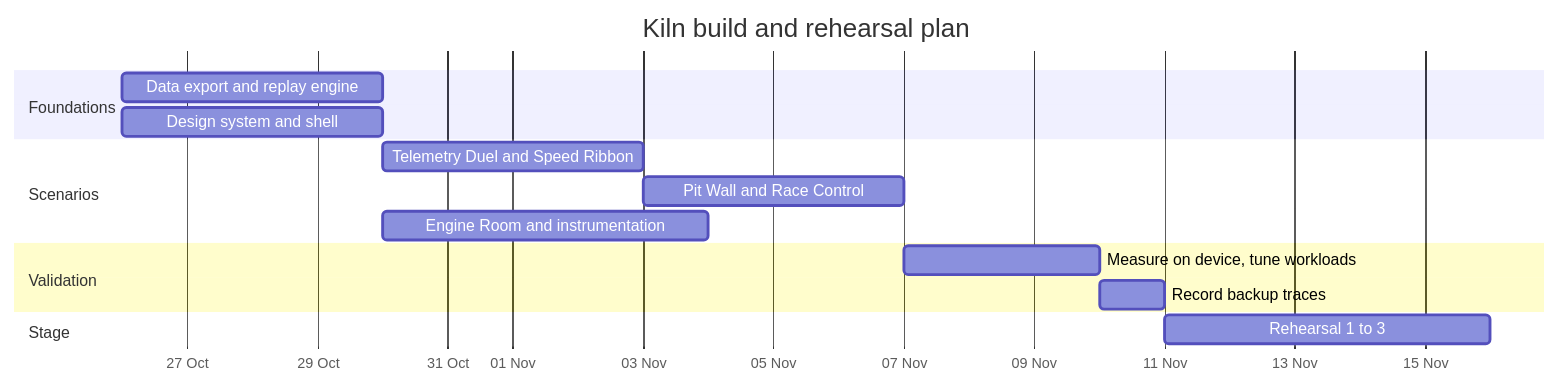
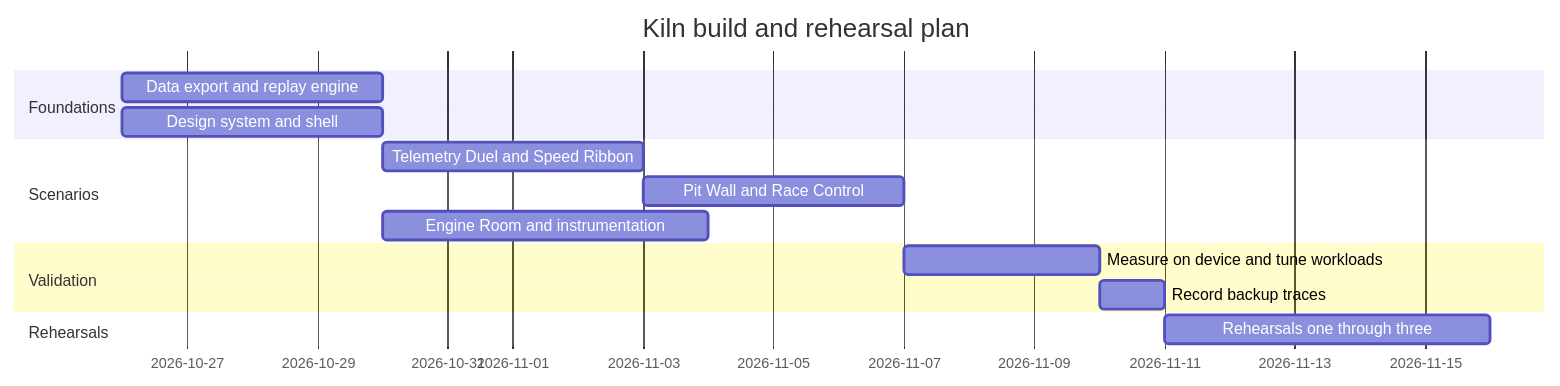
Before and after one commit to cm-collins/fluttercon-demo-app: the second of 2 diagrams in docs/product/PRD.md, drawn with Mermaid. The commit also changed other lines of this file, not shown here.

Commit message:
📝 docs(prd): fix Mermaid diagrams so they render in preview
Update the scope flowchart and milestones gantt so Markdown preview can draw them without parse errors.

- Use a quoted scope node instead of an unquoted label with a colon
- Simplify the gantt chart with explicit dates and safer task and section names
- Remove axisFormat and after dependencies that broke the milestones chart

Summary: PRD scope and milestone diagrams render reliably again.

````diff
--- a/docs/product/PRD.md
+++ b/docs/product/PRD.md
@@ -153,18 +153,17 @@
 ```mermaid
 gantt
     title Kiln build and rehearsal plan
     dateFormat YYYY-MM-DD
-    axisFormat %d %b
     section Foundations
-    Data export and replay engine      :a1, 2026-10-26, 4d
-    Design system and shell            :a2, 2026-10-26, 4d
+    Data export and replay engine           :a1, 2026-10-26, 4d
+    Design system and shell                 :a2, 2026-10-26, 4d
     section Scenarios
-    Telemetry Duel and Speed Ribbon    :b1, after a1, 4d
-    Pit Wall and Race Control          :b2, after b1, 4d
-    Engine Room and instrumentation    :b3, after a2, 5d
+    Telemetry Duel and Speed Ribbon         :b1, 2026-10-30, 4d
+    Pit Wall and Race Control               :b2, 2026-11-03, 4d
+    Engine Room and instrumentation         :b3, 2026-10-30, 5d
     section Validation
-    Measure on device, tune workloads  :c1, after b2, 3d
-    Record backup traces               :c2, after c1, 1d
-    section Stage
-    Rehearsal 1 to 3                   :d1, after c2, 5d
+    Measure on device and tune workloads    :c1, 2026-11-07, 3d
+    Record backup traces                    :c2, 2026-11-10, 1d
+    section Rehearsals
+    Rehearsals one through three            :d1, 2026-11-11, 5d
 ```
````
